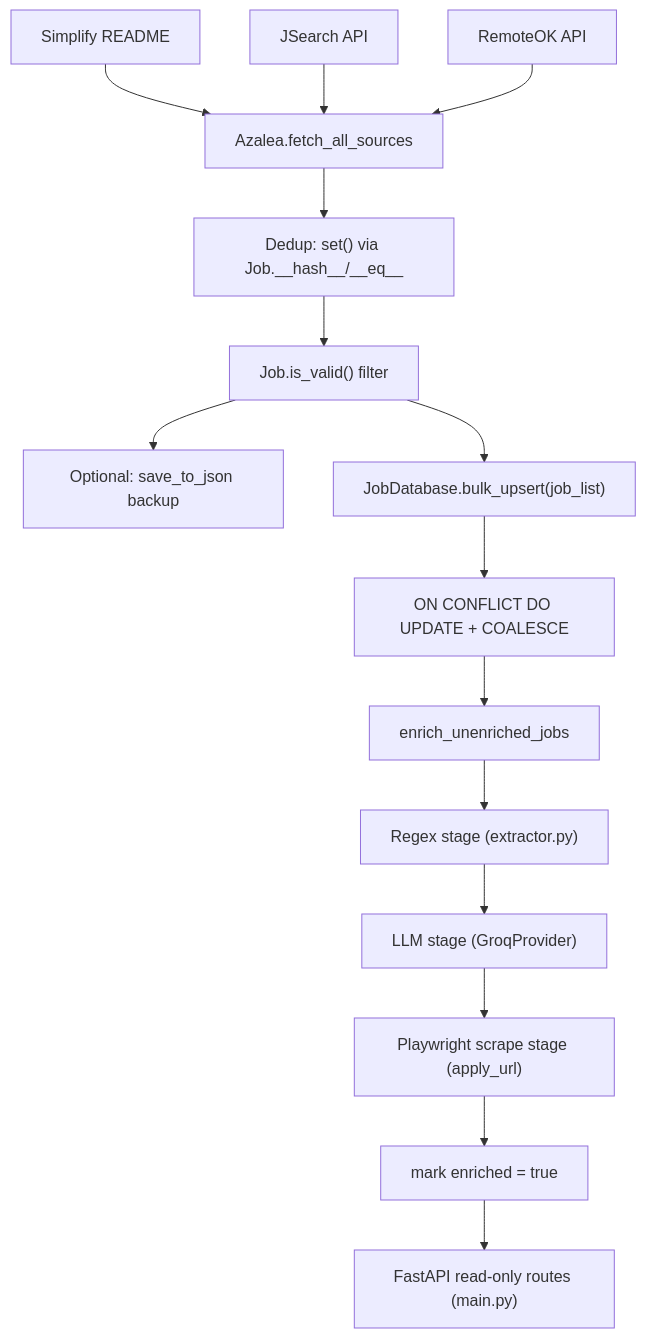
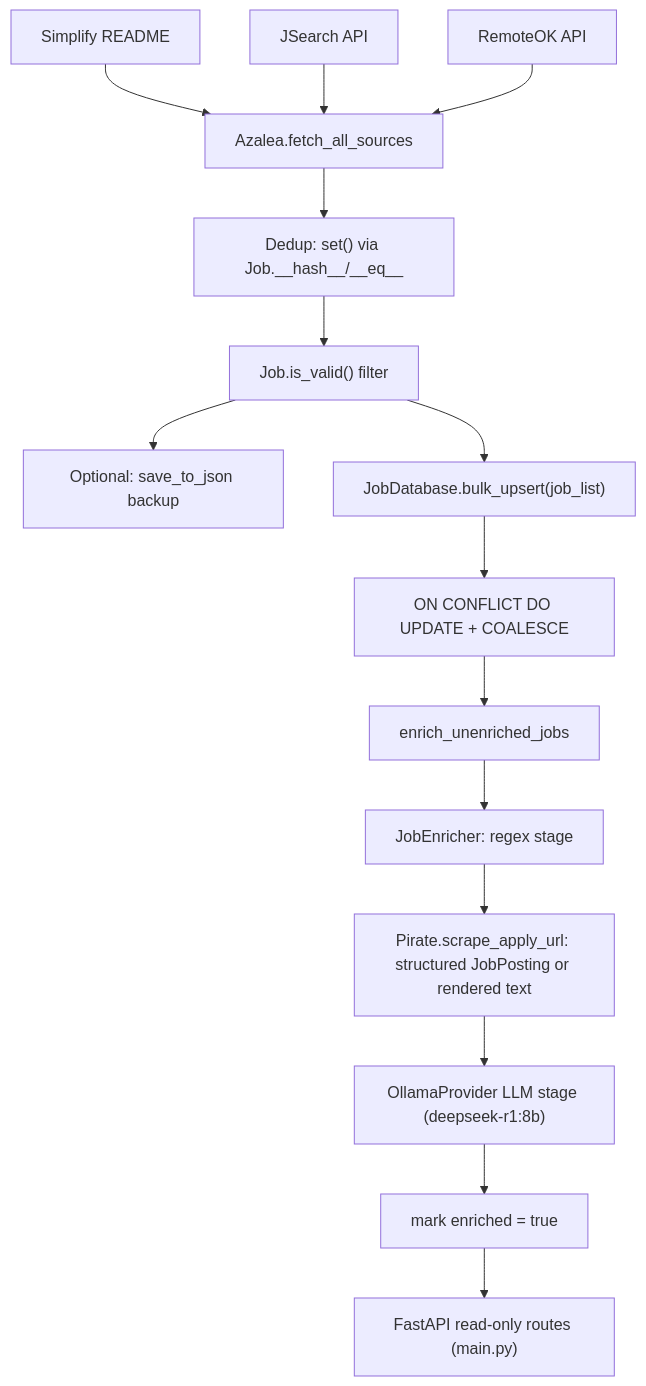
One commit to AustinDwomoh/libra changed the diagram in wiki/Architecture.md. Above: the diagram before and after it, drawn with Mermaid. The commit also changed other lines of this file and 6 other files, not shown here.

````diff
--- a/wiki/Architecture.md
+++ b/wiki/Architecture.md
@@ -5,17 +5,17 @@
 ```mermaid
 flowchart TD
     A[Simplify README] --> D[Azalea.fetch_all_sources]
     B[JSearch API] --> D
     C[RemoteOK API] --> D
     D --> E["Dedup: set() via Job.__hash__/__eq__"]
     E --> F["Job.is_valid() filter"]
     F --> G[Optional: save_to_json backup]
     F --> H["JobDatabase.bulk_upsert(job_list)"]
     H --> I["ON CONFLICT DO UPDATE + COALESCE"]
     I --> J[enrich_unenriched_jobs]
-    J --> K["Regex stage (extractor.py)"]
-    K --> L["LLM stage (GroqProvider)"]
-    L --> M["Playwright scrape stage (apply_url)"]
+    J --> K["JobEnricher: regex stage"]
+    K --> L["Pirate.scrape_apply_url: structured JobPosting or rendered text"]
+    L --> M["OllamaProvider LLM stage (deepseek-r1:8b)"]
     M --> N["mark enriched = true"]
     N --> O["FastAPI read-only routes (main.py)"]
 ```
````
